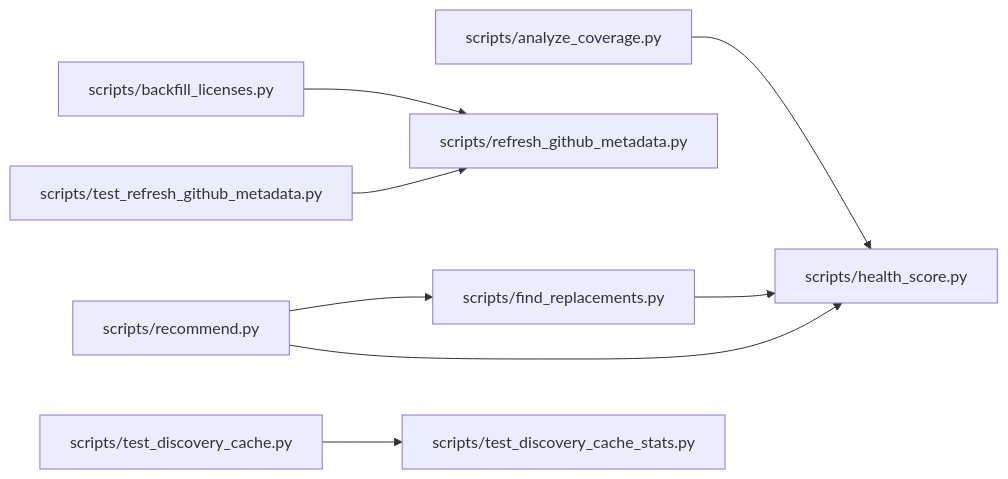
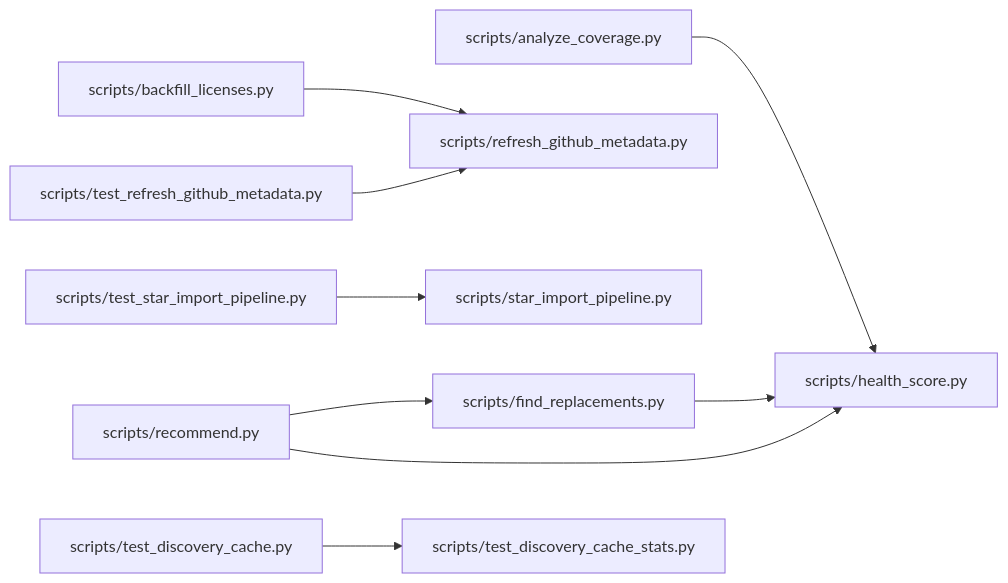
Before and after one commit to dbrckk/star-list: the diagram in .ai/brain/architecture.mmd, drawn with Mermaid. The commit also changed 79 other files, not shown here.

```diff
--- a/.ai/brain/architecture.mmd
+++ b/.ai/brain/architecture.mmd
@@ -1,8 +1,9 @@
 flowchart LR
   n493b546fce["scripts/analyze_coverage.py"] --> n61da7feb3f["scripts/health_score.py"]
   nbea452dbc9["scripts/backfill_licenses.py"] --> n673a0bb367["scripts/refresh_github_metadata.py"]
   n3c5af248bc["scripts/find_replacements.py"] --> n61da7feb3f["scripts/health_score.py"]
   n6b33751c21["scripts/recommend.py"] --> n3c5af248bc["scripts/find_replacements.py"]
   n6b33751c21["scripts/recommend.py"] --> n61da7feb3f["scripts/health_score.py"]
   nfc3af7e38e["scripts/test_refresh_github_metadata.py"] --> n673a0bb367["scripts/refresh_github_metadata.py"]
+  n0c8a572d8b["scripts/test_star_import_pipeline.py"] --> n83b2d4016a["scripts/star_import_pipeline.py"]
   n5d2467085c["scripts/test_discovery_cache.py"] --> n09f9286c88["scripts/test_discovery_cache_stats.py"]
```
